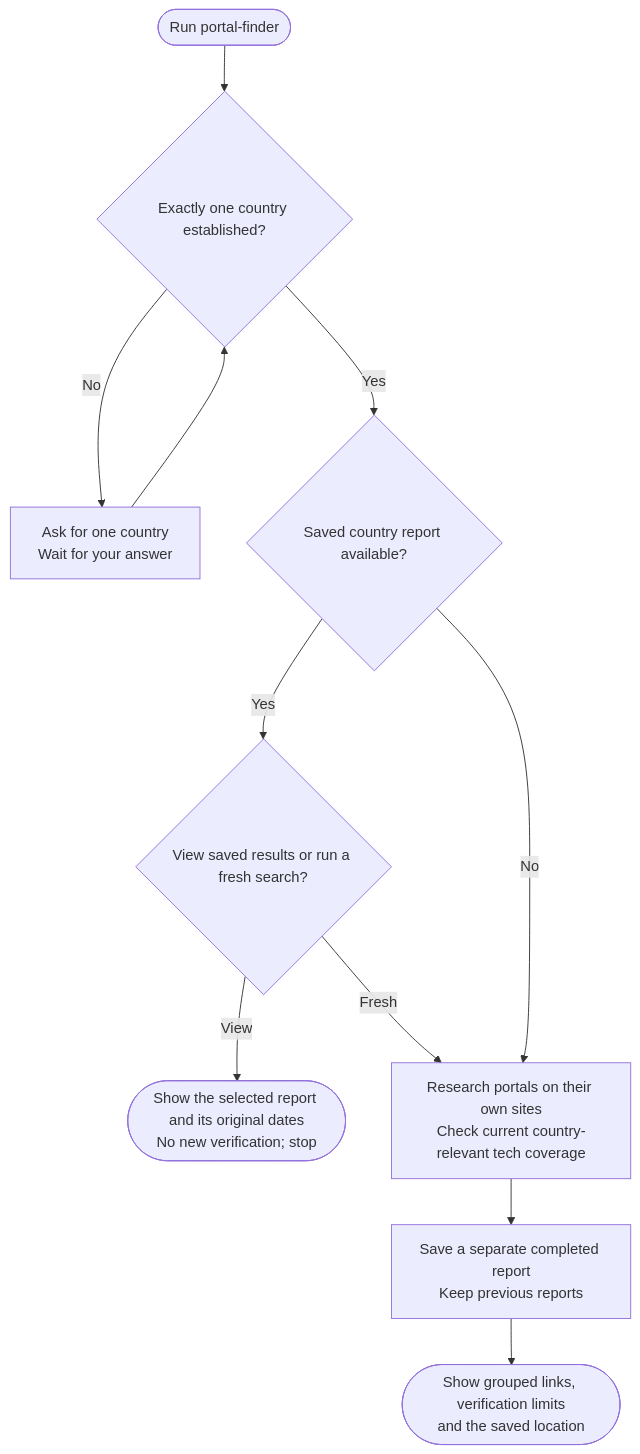
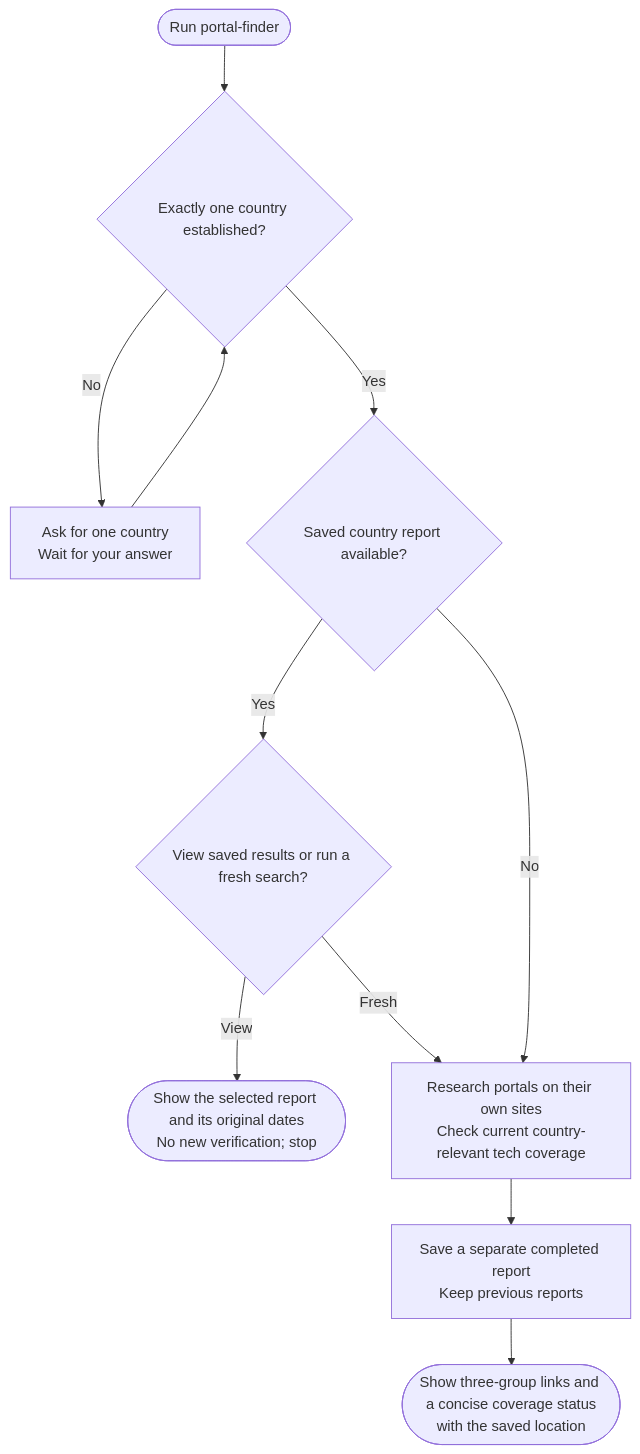
The diagram in docs/commands/portal-finder/detailed.md (myowinthein/agent-compass), drawn with Mermaid before and after one commit. The commit also changed other lines of this file and 9 other files, not shown here.

````diff
--- a/docs/commands/portal-finder/detailed.md
+++ b/docs/commands/portal-finder/detailed.md
@@ -23,13 +24,13 @@
 ```mermaid
 flowchart TD
   Start(["Run portal-finder"]) --> Country{"Exactly one country established?"}
   Country -->|No| Ask["Ask for one country<br/>Wait for your answer"]
   Ask --> Country
   Country -->|Yes| Saved{"Saved country report available?"}
   Saved -->|Yes| Choice{"View saved results or run a fresh search?"}
   Choice -->|View| Replay(["Show the selected report and its original dates<br/>No new verification; stop"])
   Choice -->|Fresh| Research
   Saved -->|No| Research["Research portals on their own sites<br/>Check current country-relevant tech coverage"]
   Research --> Save["Save a separate completed report<br/>Keep previous reports"]
-  Save --> Output(["Show grouped links, verification limits<br/>and the saved location"])
+  Save --> Output(["Show three-group links and a concise coverage status<br/>with the saved location"])
 ```
````
